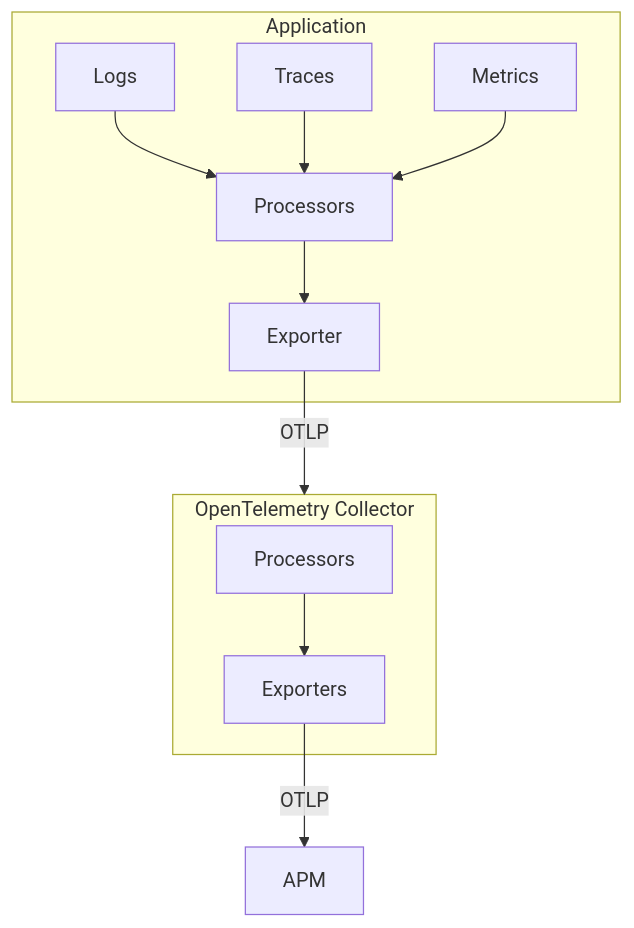
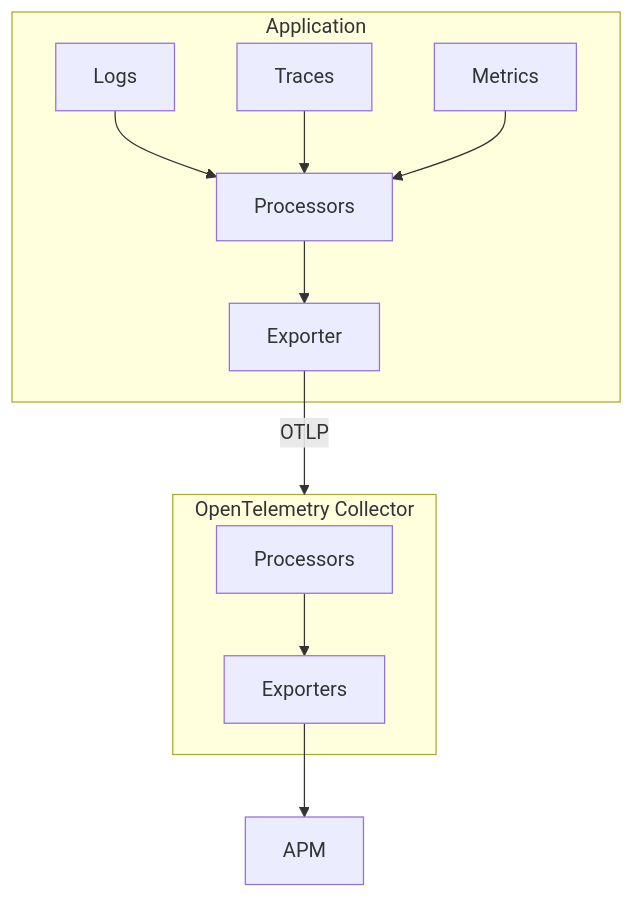
Before and after one commit to idle-code/OpenTelemetryDemo: the third of 4 diagrams in OtelSlides/pages/what-is-opentelemetry.md, drawn with Mermaid. The commit also changed other lines of this file and 15 other files, not shown here.

````diff
--- a/OtelSlides/pages/what-is-opentelemetry.md
+++ b/OtelSlides/pages/what-is-opentelemetry.md
@@ -54,28 +63,28 @@
 ```mermaid {scale: 0.6}
 graph TD;
     subgraph app["Application"]
         logs["Logs"]
         traces["Traces"]
         metrics["Metrics"]
         processors["Processors"]
         exporter["Exporter"]
         
         logs --> processors
         traces --> processors
         metrics --> processors
         processors --> exporter
     end
     
     exporter -- "OTLP" --> collector
     
     subgraph collector["OpenTelemetry Collector"]
         collectorProcessor["Processors"]
         collectorExporters["Exporters"]
         
         collectorProcessor --> collectorExporters
     end
     
     apm["APM"]
     
-    collectorExporters -- "OTLP" --> apm
+    collectorExporters --> apm
 ```
````
